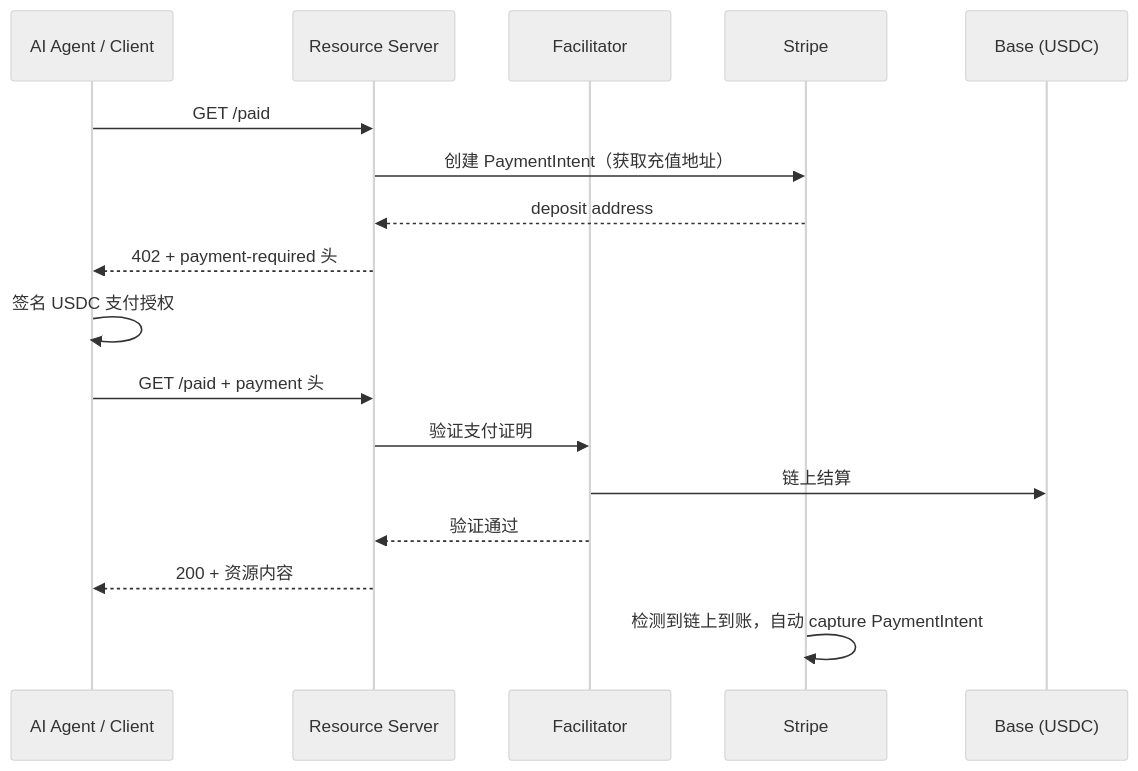
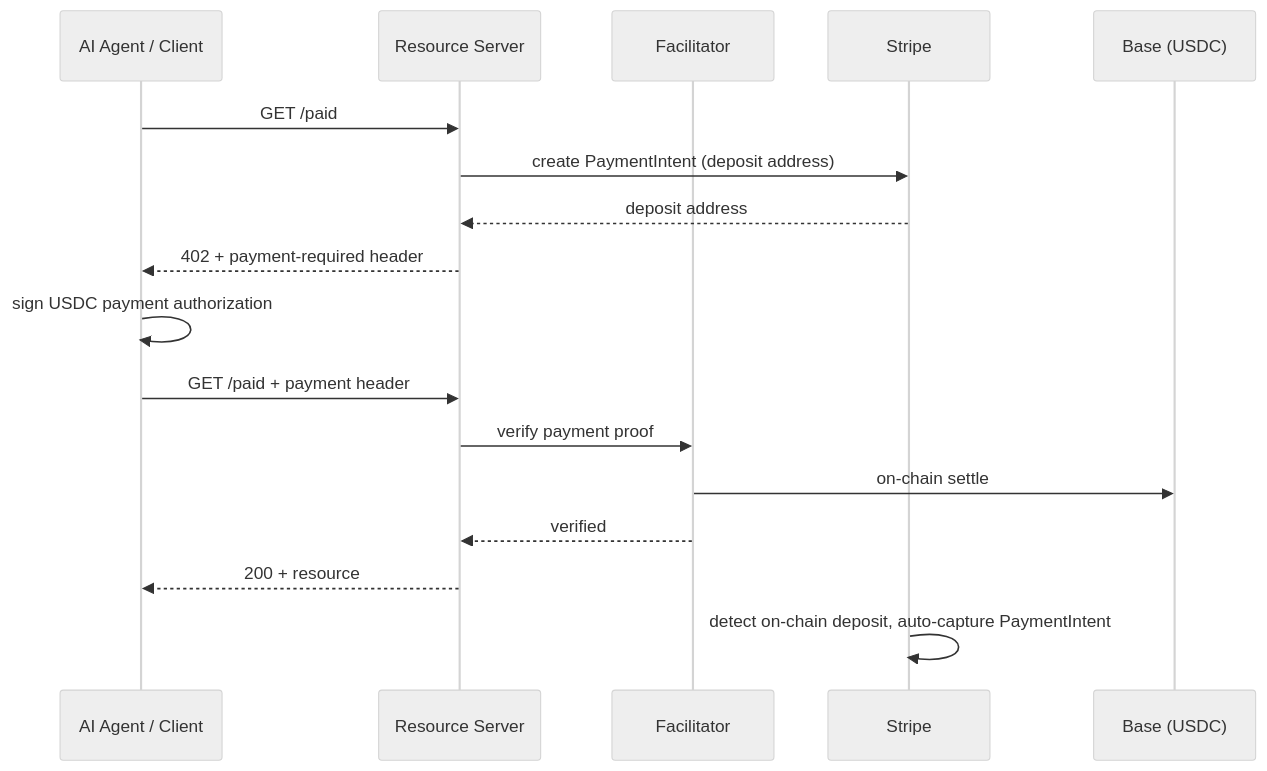
Before and after one commit to yrong/notes: the first of 2 diagrams in content/post/2026-07-03-stripe-x402-ai-agent-payments.md, drawn with Mermaid (neutral theme). The commit also changed other lines of this file and 7 other files, not shown here.

````diff
--- a/content/post/2026-07-03-stripe-x402-ai-agent-payments.md
+++ b/content/post/2026-07-03-stripe-x402-ai-agent-payments.md
@@ -34,21 +34,21 @@
 ```mermaid
 sequenceDiagram
     participant Agent as AI Agent / Client
     participant Server as Resource Server
     participant Facilitator as Facilitator
     participant Stripe as Stripe
     participant Chain as Base (USDC)
 
     Agent->>Server: GET /paid
-    Server->>Stripe: 创建 PaymentIntent（获取充值地址）
+    Server->>Stripe: create PaymentIntent (deposit address)
     Stripe-->>Server: deposit address
-    Server-->>Agent: 402 + payment-required 头
+    Server-->>Agent: 402 + payment-required header
 
-    Agent->>Agent: 签名 USDC 支付授权
-    Agent->>Server: GET /paid + payment 头
-    Server->>Facilitator: 验证支付证明
-    Facilitator->>Chain: 链上结算
-    Facilitator-->>Server: 验证通过
-    Server-->>Agent: 200 + 资源内容
-    Stripe->>Stripe: 检测到链上到账，自动 capture PaymentIntent
+    Agent->>Agent: sign USDC payment authorization
+    Agent->>Server: GET /paid + payment header
+    Server->>Facilitator: verify payment proof
+    Facilitator->>Chain: on-chain settle
+    Facilitator-->>Server: verified
+    Server-->>Agent: 200 + resource
+    Stripe->>Stripe: detect on-chain deposit, auto-capture PaymentIntent
 ```
````
